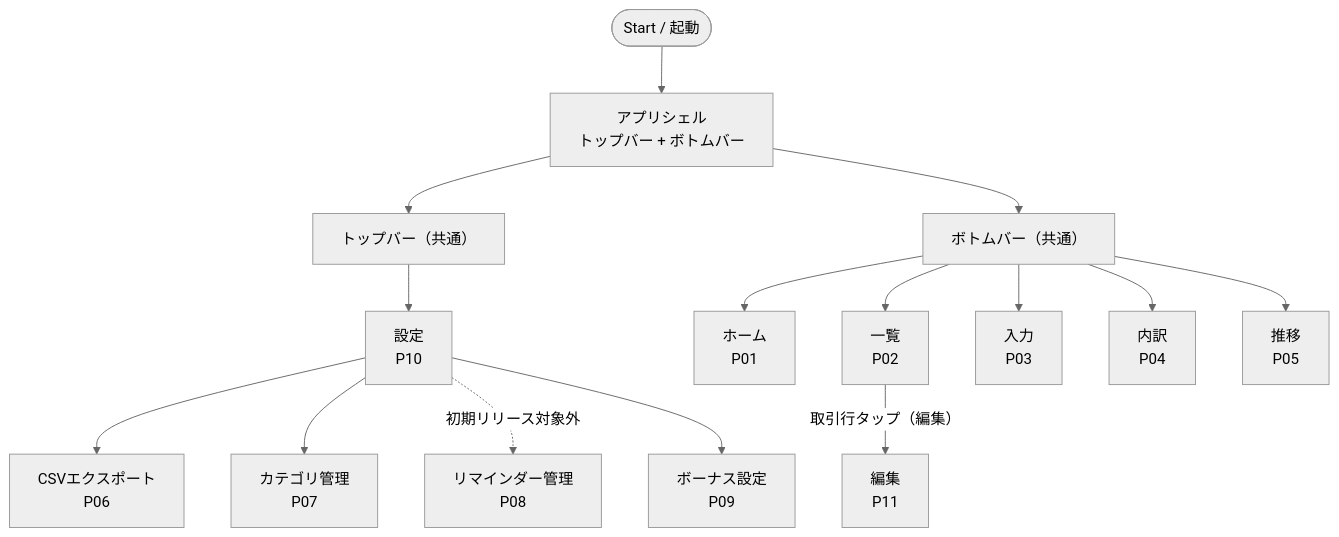
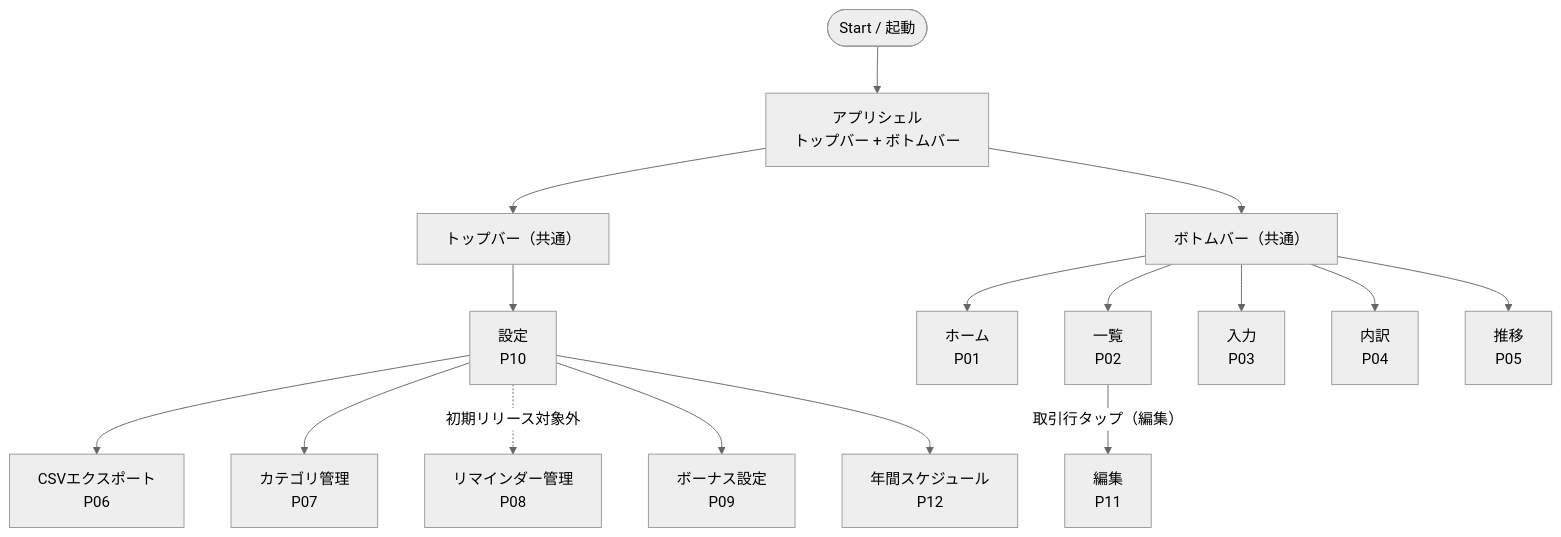
One commit to shinji1095/kakeibo changed the diagram in docs/03_画面遷移.md. Above: the diagram before and after it, drawn with Mermaid (neutral theme). The commit also changed 48 other files, not shown here.

````diff
--- a/docs/03_画面遷移.md
+++ b/docs/03_画面遷移.md
@@ -1,28 +1,29 @@
 ```mermaid
 flowchart TD
   Start([Start / 起動]) --> Shell[アプリシェル<br/>トップバー + ボトムバー]
 
   %% Startから両バーへアクセス可能
   Shell --> Top[トップバー（共通）]
   Shell --> Bottom[ボトムバー（共通）]
 
   %% 01_画面リスト.csv: アクセス=ボトムバー
   Bottom --> P01[ホーム<br/>P01]
   Bottom --> P02[一覧<br/>P02]
   Bottom --> P03[入力<br/>P03]
   Bottom --> P04[内訳<br/>P04]
   Bottom --> P05[推移<br/>P05]
 
   %% 01_画面リスト.csv: アクセス=設定内
   P10 --> P06[CSVエクスポート<br/>P06]
   P10 --> P07[カテゴリ管理<br/>P07]
   P10 -. 初期リリース対象外 .-> P08[リマインダー管理<br/>P08]
   P10 --> P09[ボーナス設定<br/>P09]
+  P10 --> P12[年間スケジュール<br/>P12]
 
   %% 編集画面（新規）
   P02 -->|取引行タップ（編集）| P11[編集<br/>P11]
 
   %% 任意: トップバーの共通アクション
   Top --> P10[設定<br/>P10]
 
 ```
````
